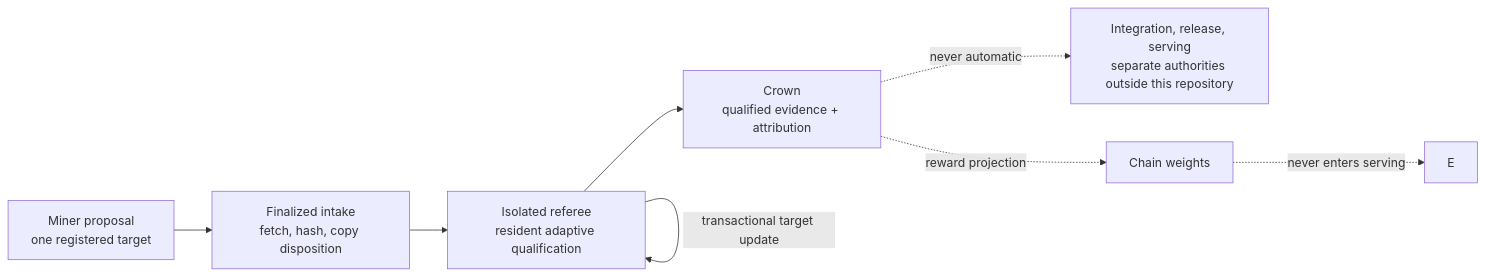
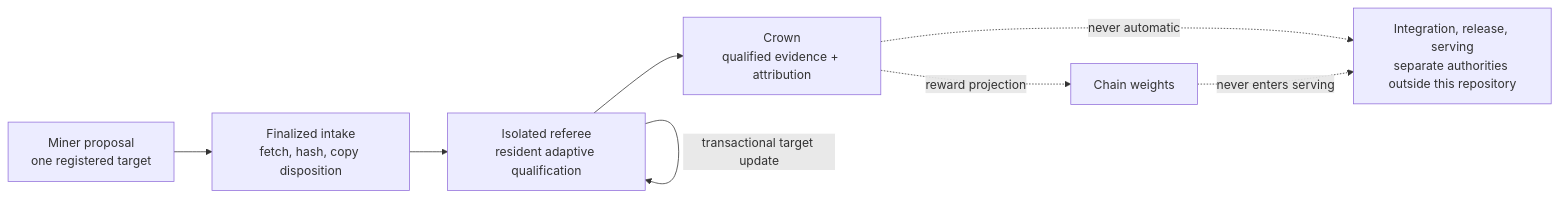
One commit to latent-to/cacheon changed the diagram in docs/architecture/overview.md. Above: the diagram before and after it, drawn with Mermaid. The commit also changed other lines of this file and 16 other files, not shown here.

Commit message:
Docs: bring validator and architecture pages up to the V17 replay eval and the cache slot

````diff
--- a/docs/architecture/overview.md
+++ b/docs/architecture/overview.md
@@ -16,14 +16,14 @@
 ```mermaid
 flowchart LR
     M["Miner proposal\none registered target"]
     I["Finalized intake\nfetch, hash, copy disposition"]
     Q["Isolated referee\nresident adaptive qualification"]
     C["Crown\nqualified evidence + attribution"]
     R["Integration, release, serving\nseparate authorities outside this repository"]
 
     M --> I --> Q --> C
     C -. "never automatic" .-> R
     Q -->|"transactional target update"| Q
     C -. "reward projection" .-> W["Chain weights"]
-    W -. "never enters serving" .-> E
+    W -. "never enters serving" .-> R
 ```
````
